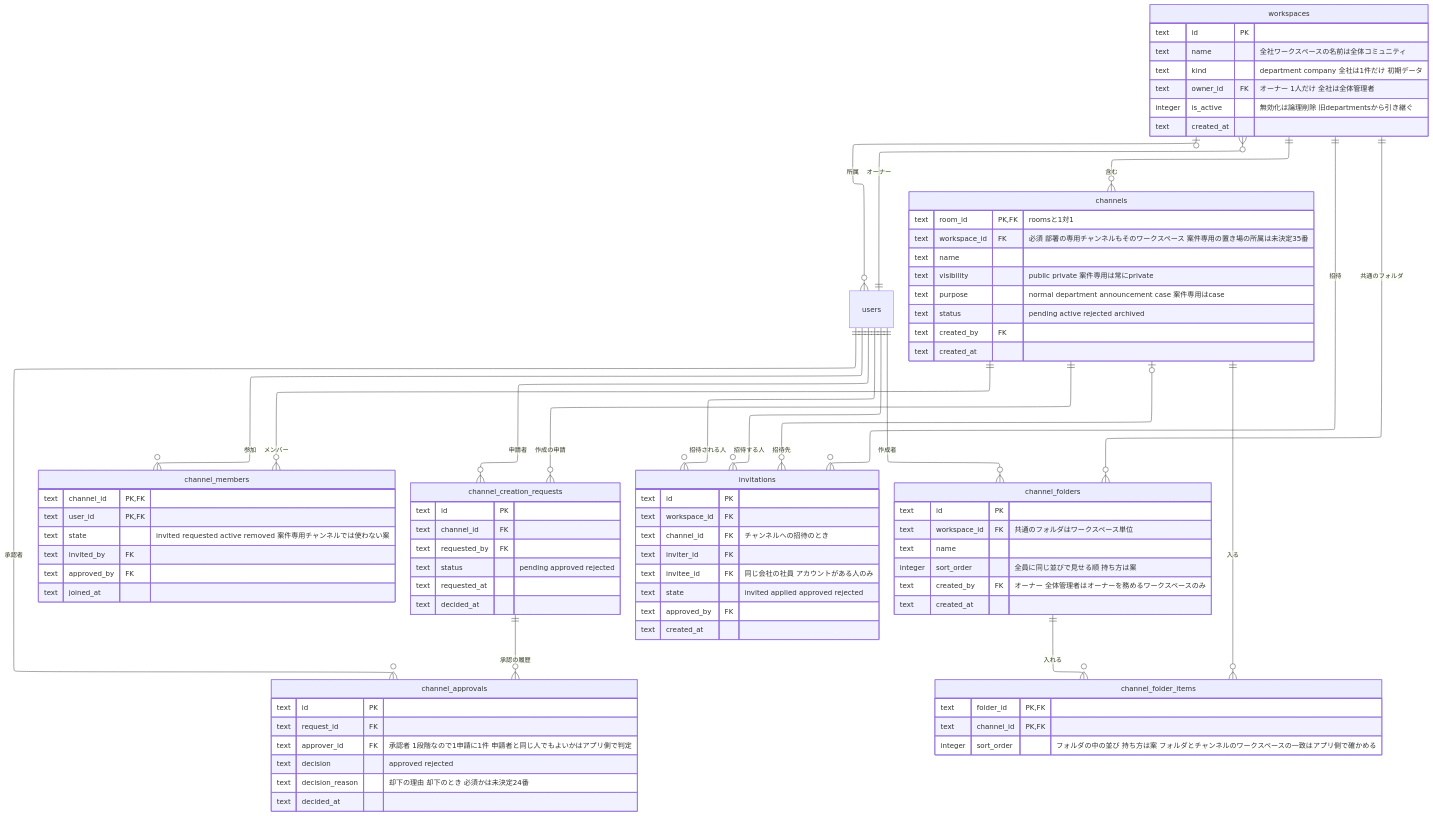
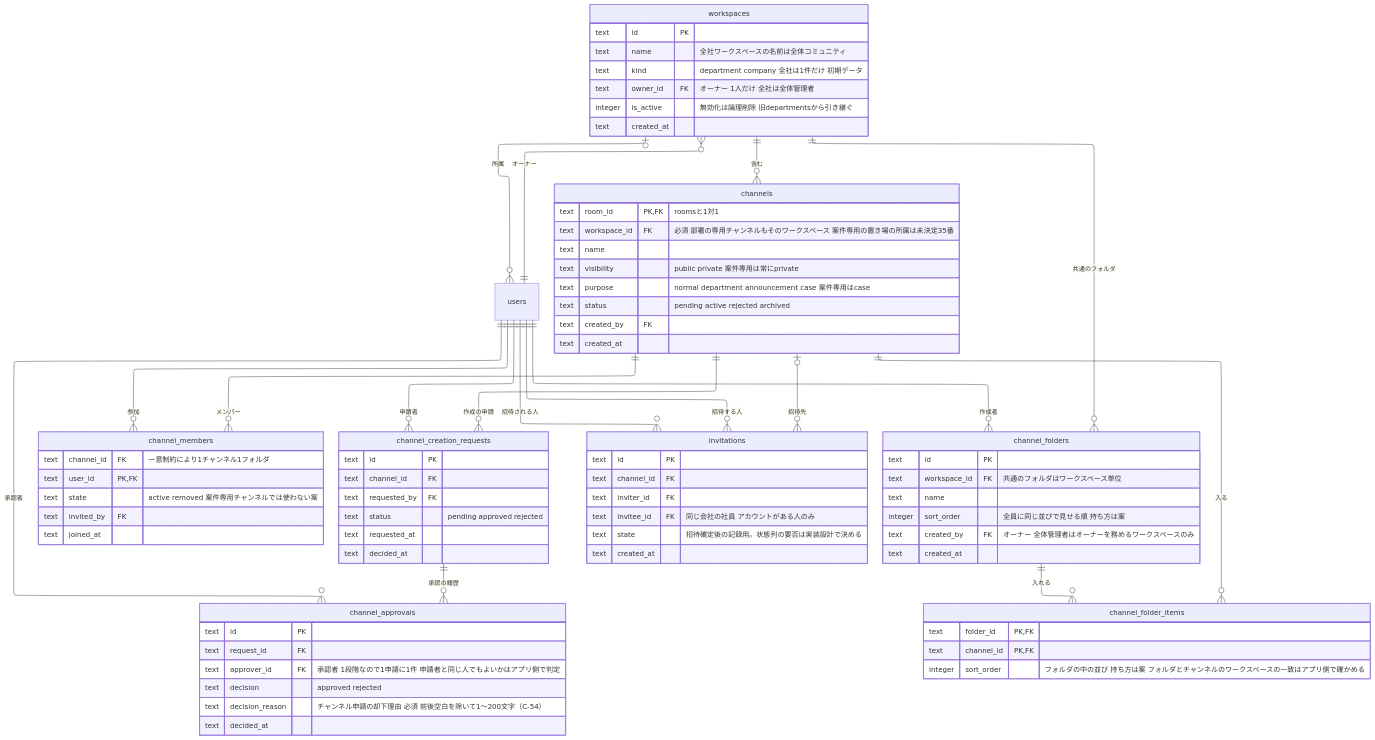
One commit to yamamotonaoki3/internal-system changed the sixth of 8 diagrams in docs/requirements/data-model.md. Above: the diagram before and after it, drawn with Mermaid. The commit also changed other lines of this file and 20 other files, not shown here.

```diff
--- a/docs/requirements/data-model.md
+++ b/docs/requirements/data-model.md
@@ -225,7 +229,6 @@
     channel_creation_requests ||--o{ channel_approvals : "承認の履歴"
     users ||--o{ channel_creation_requests : "申請者"
     users ||--o{ channel_approvals : "承認者"
-    workspaces ||--o{ invitations : "招待"
     channels |o--o{ invitations : "招待先"
     users ||--o{ invitations : "招待する人"
     users ||--o{ invitations : "招待される人"
@@ -253,11 +256,10 @@
         text created_at
     }
     channel_members {
-        text channel_id PK, FK
+        text channel_id FK "一意制約により1チャンネル1フォルダ"
         text user_id PK, FK
-        text state "invited requested active removed 案件専用チャンネルでは使わない案"
+        text state "active removed 案件専用チャンネルでは使わない案"
         text invited_by FK
-        text approved_by FK
         text joined_at
     }
     channel_creation_requests {
@@ -273,17 +275,15 @@
         text request_id FK
         text approver_id FK "承認者 1段階なので1申請に1件 申請者と同じ人でもよいかはアプリ側で判定"
         text decision "approved rejected"
-        text decision_reason "却下の理由 却下のとき 必須かは未決定24番"
+        text decision_reason "チャンネル申請の却下理由 必須 前後空白を除いて1〜200文字（C-54）"
         text decided_at
     }
     invitations {
         text id PK
-        text workspace_id FK
-        text channel_id FK "チャンネルへの招待のとき"
+        text channel_id FK
         text inviter_id FK
         text invitee_id FK "同じ会社の社員 アカウントがある人のみ"
-        text state "invited applied approved rejected"
-        text approved_by FK
+        text state "招待確定後の記録用。状態列の要否は実装設計で決める"
         text created_at
     }
     channel_folders {
```
